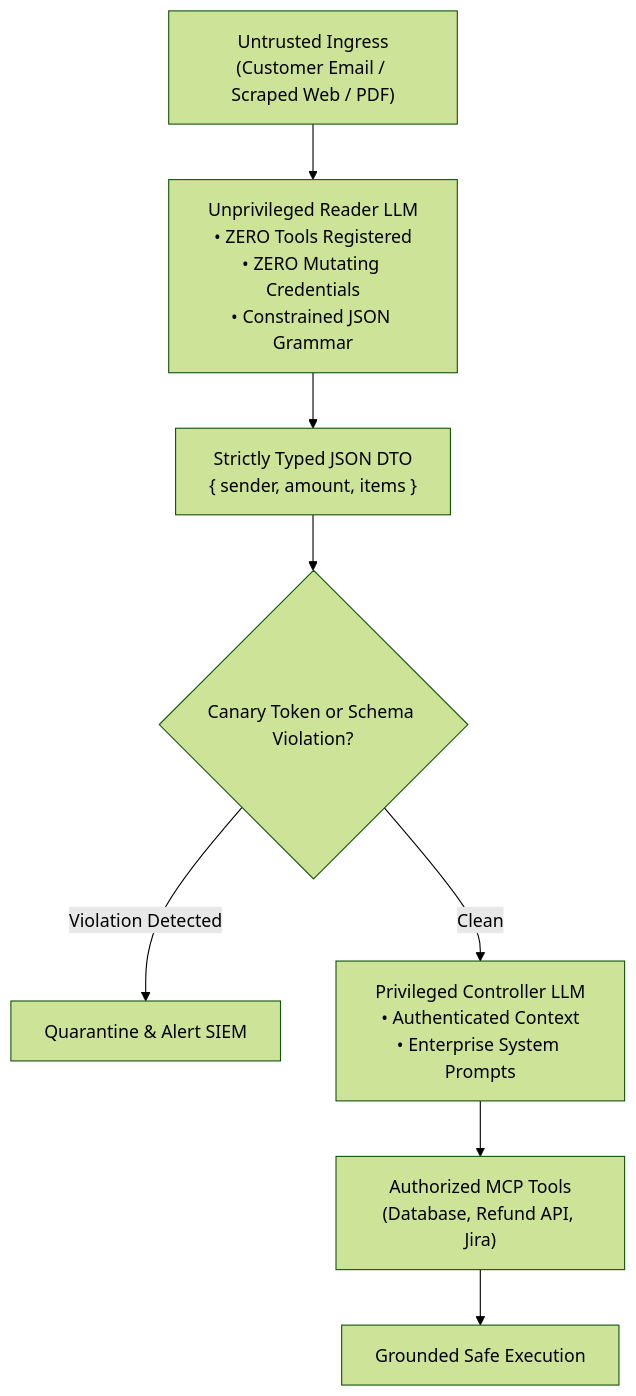
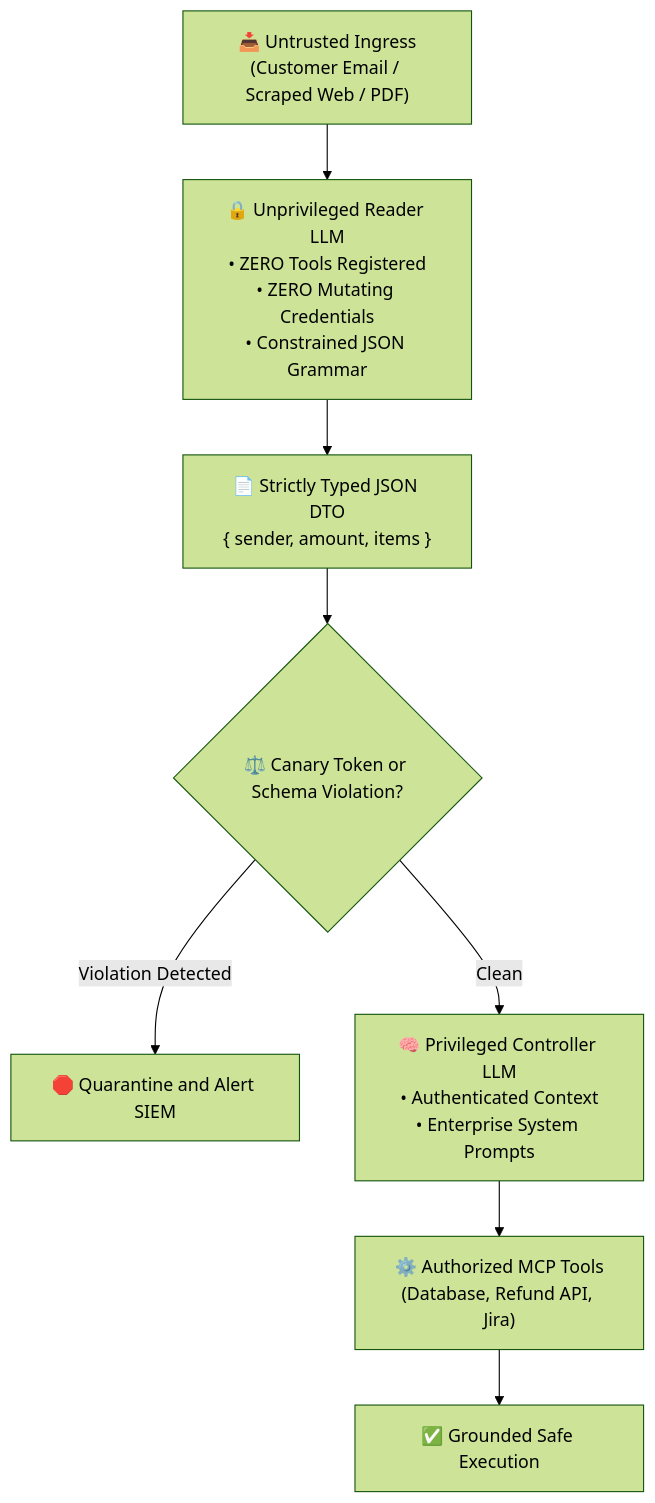
Before and after one commit to dip4k/senior-engineer-to-ai-engineer-roadmap: the eighth of 11 diagrams in architecture/enterprise-ai-system-designs.md, drawn with Mermaid (forest theme). The commit also changed other lines of this file and 94 other files, not shown here.

Commit message:
refactor(curriculum): complete Phase 04 upgrade and enforce diagram renderer invariants

````diff
--- a/architecture/enterprise-ai-system-designs.md
+++ b/architecture/enterprise-ai-system-designs.md
@@ -404,14 +404,14 @@
 ```mermaid
 flowchart TD
-    UntrustedData["Untrusted Ingress<br>(Customer Email / Scraped Web / PDF)"] --> ReaderLLM["Unprivileged Reader LLM<br>• ZERO Tools Registered<br>• ZERO Mutating Credentials<br>• Constrained JSON Grammar"]
+    UntrustedData["📥 Untrusted Ingress<br>(Customer Email / Scraped Web / PDF)"] --> ReaderLLM["🔒 Unprivileged Reader LLM<br>• ZERO Tools Registered<br>• ZERO Mutating Credentials<br>• Constrained JSON Grammar"]
     
-    ReaderLLM --> SanitizedJSON["Strictly Typed JSON DTO<br>{ sender, amount, items }"]
+    ReaderLLM --> SanitizedJSON["📄 Strictly Typed JSON DTO<br>{ sender, amount, items }"]
     
-    SanitizedJSON --> CanaryGate{"Canary Token or Schema Violation?"}
-    CanaryGate -- "Violation Detected" --> QuarantineAlert["Quarantine & Alert SIEM"]
+    SanitizedJSON --> CanaryGate{"⚖️ Canary Token or Schema Violation?"}
+    CanaryGate -- "Violation Detected" --> QuarantineAlert["🛑 Quarantine and Alert SIEM"]
     
-    CanaryGate -- "Clean" --> ControllerLLM["Privileged Controller LLM<br>• Authenticated Context<br>• Enterprise System Prompts"]
+    CanaryGate -- "Clean" --> ControllerLLM["🧠 Privileged Controller LLM<br>• Authenticated Context<br>• Enterprise System Prompts"]
     
-    ControllerLLM --> MCP_Tools["Authorized MCP Tools<br>(Database, Refund API, Jira)"]
-    MCP_Tools --> Result["Grounded Safe Execution"]
+    ControllerLLM --> MCP_Tools["⚙️ Authorized MCP Tools<br>(Database, Refund API, Jira)"]
+    MCP_Tools --> Result["✅ Grounded Safe Execution"]
 ```
````
